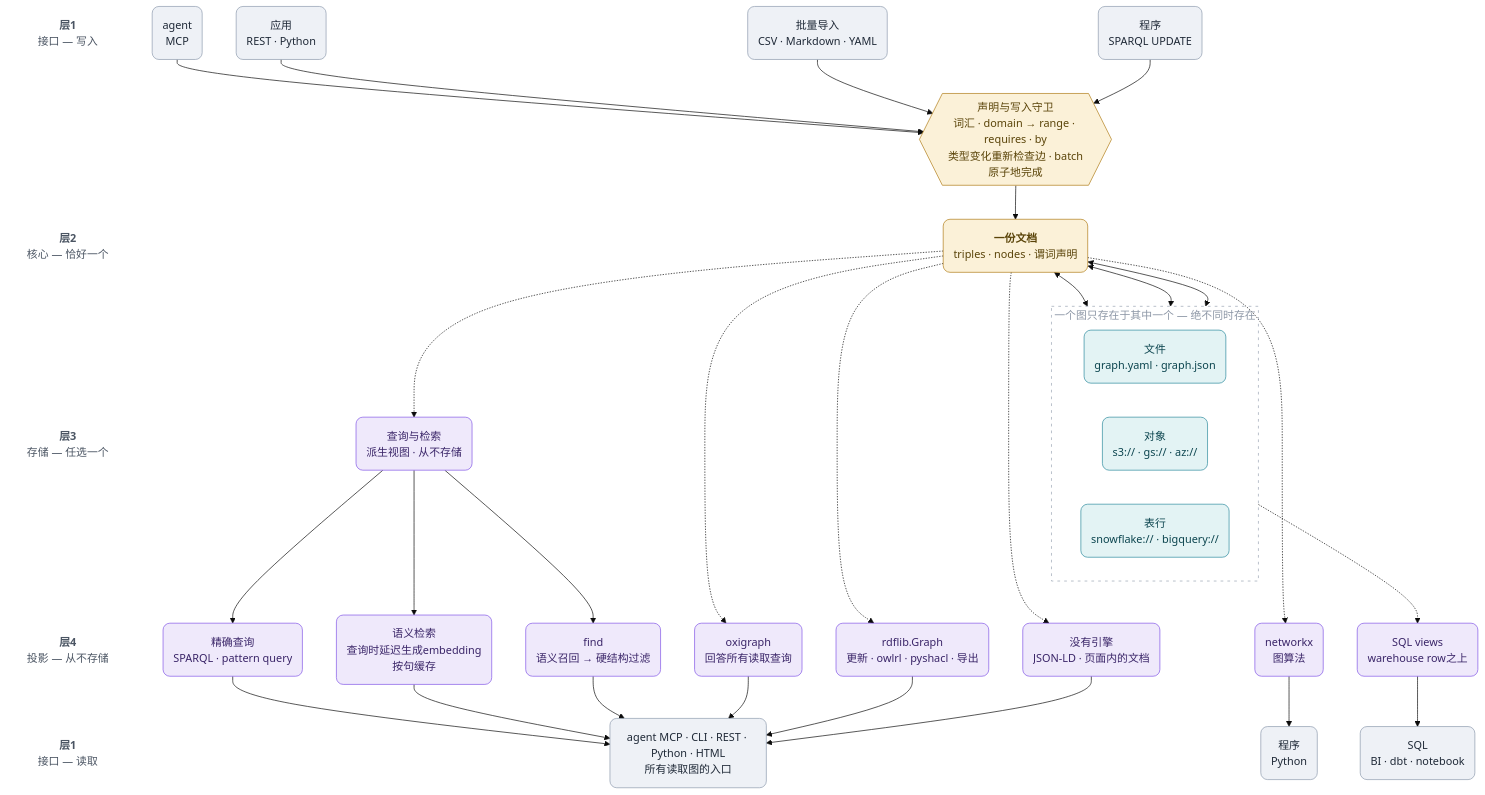
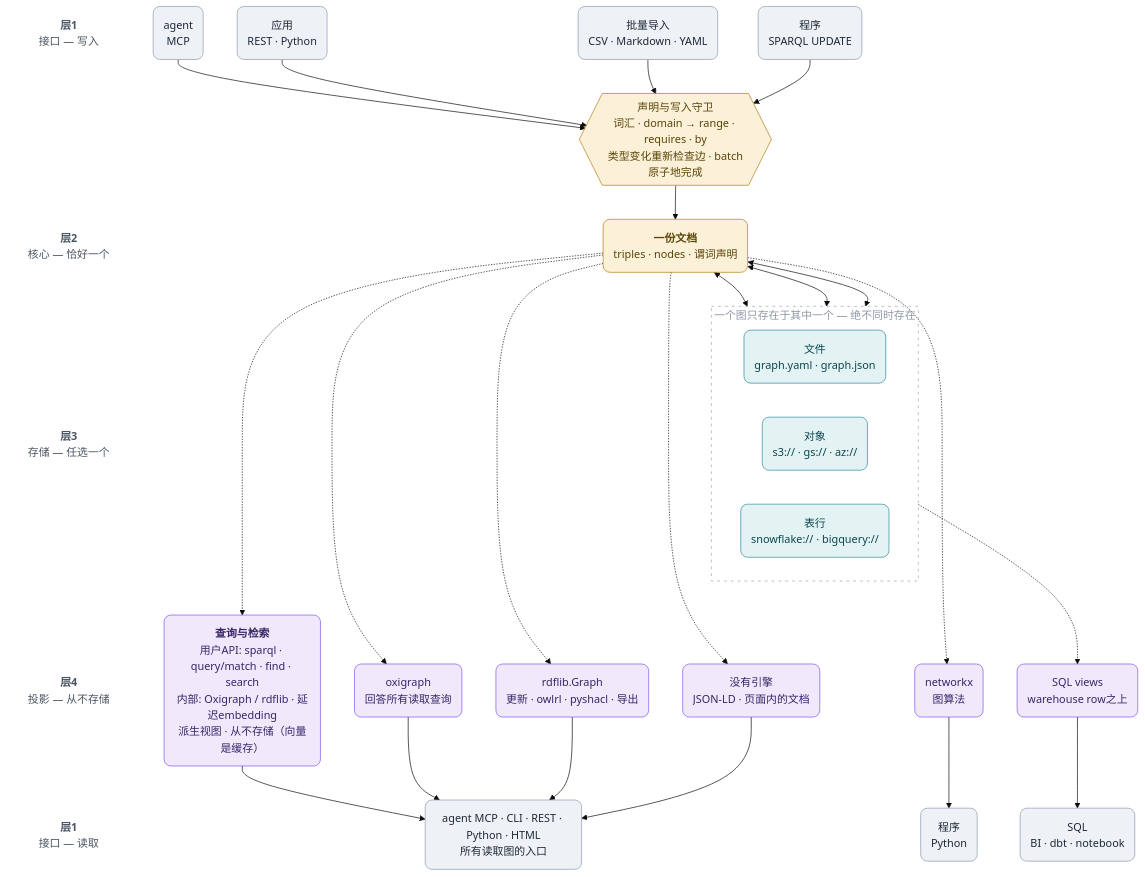
The diagram in docs/ARCHITECTURE_zh.md (RyutoYoda/trikedb), drawn with Mermaid (base theme) before and after one commit. The commit also changed 2 other files, not shown here.

Commit message:
docs: nest query engines inside retrieval layer

````diff
--- a/docs/ARCHITECTURE_zh.md
+++ b/docs/ARCHITECTURE_zh.md
@@ -7,77 +7,69 @@
 ```mermaid
 flowchart TB
     LA["<b>层1</b><br/>接口 — 写入"]
     LG[" "]
     LB["<b>层2</b><br/>核心 — 恰好一个"]
     LC["<b>层3</b><br/>存储 — 任选一个"]
     LD["<b>层4</b><br/>投影 — 从不存储"]
     LE["<b>层1</b><br/>接口 — 读取"]
     LA ~~~ LG ~~~ LB ~~~ LC ~~~ LD ~~~ LE
 
     WA("agent<br/>MCP")
     WC("应用<br/>REST · Python")
     WI("批量导入<br/>CSV · Markdown · YAML")
     WP("程序<br/>SPARQL UPDATE")
     G{{"声明与写入守卫<br/>词汇 · domain → range · requires · by<br/>类型变化重新检查边 · batch原子地完成"}}
     C("<b>一份文档</b><br/>triples · nodes · 谓词声明")
     subgraph pick["一个图只存在于其中一个 — 绝不同时存在"]
         direction LR
         SF("文件<br/>graph.yaml · graph.json")
         SO("对象<br/>s3:// · gs:// · az://")
         SW("表行<br/>snowflake:// · bigquery://")
     end
     PO("oxigraph<br/>回答所有读取查询")
     PR("rdflib.Graph<br/>更新 · owlrl · pyshacl · 导出")
     PN("networkx<br/>图算法")
     PV("SQL views<br/>warehouse row之上")
     PD("没有引擎<br/>JSON-LD · 页面内的文档")
-    Q("查询与检索<br/>派生视图 · 从不存储")
-    QE("精确查询<br/>SPARQL · pattern query")
-    QS("语义检索<br/>查询时延迟生成embedding<br/>按句缓存")
-    QF("find<br/>语义召回 → 硬结构过滤")
+    Q("<b>查询与检索</b><br/>用户API: sparql · query/match · find · search<br/>内部: Oxigraph / rdflib · 延迟embedding<br/>派生视图 · 从不存储（向量是缓存）")
     RQ("agent MCP · CLI · REST · Python · HTML<br/>所有读取图的入口")
     RG("程序<br/>Python")
     RS("SQL<br/>BI · dbt · notebook")
 
     WA --> G
     WC --> G
     WI --> G
     WP --> G
     G --> C
     C <--> SF
     C <--> SO
     C <--> SW
     SF ~~~ PO
     SF ~~~ PR
     SO ~~~ PN
     SW -.-> PV
     SW ~~~ PD
     C -.-> PO
     C -.-> PR
     C -.-> PN
     C -.-> PD
     C -.-> Q
-    Q --> QE
-    Q --> QS
-    Q --> QF
-    QE --> RQ
-    QS --> RQ
-    QF --> RQ
+    Q --> RQ
     PO --> RQ
     PR --> RQ
     PN --> RG
     PV --> RS
     PD --> RQ
 
     style pick fill:none,stroke:#9aa4b3,stroke-width:1px,stroke-dasharray:4 6,color:#8d97a6
     classDef lbl fill:none,stroke:none,color:#4b5563
     classDef iface fill:#eef1f6,stroke:#8d9aad,color:#1f2937,rx:10,ry:10
     classDef core fill:#fbf1d8,stroke:#b07d17,color:#5a4409,rx:10,ry:10
     classDef store fill:#e3f3f4,stroke:#2b8a9c,color:#0c454f,rx:10,ry:10
     classDef proj fill:#efe9fb,stroke:#8055e6,color:#3a2568,rx:10,ry:10
     class LA,LG,LB,LC,LD,LE lbl
     class WA,WC,WI,WP,RQ,RG,RS iface
     class C,G core
     class SF,SO,SW store
-    class PO,PR,PN,PV,PD,Q,QE,QS,QF proj
+    class PO,PR,PN,PV,PD,Q proj
 ```
````
